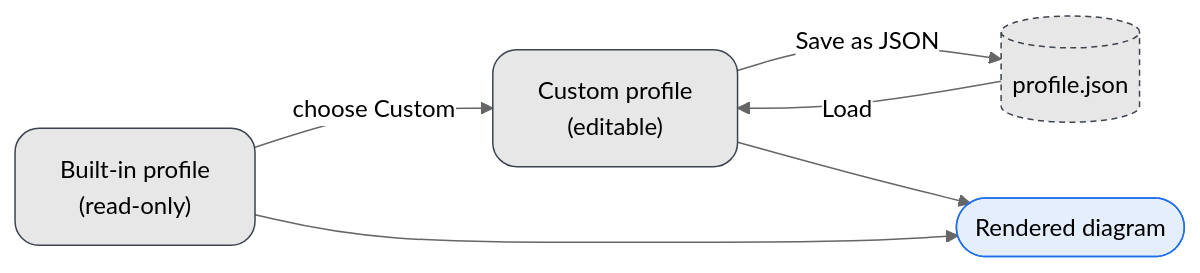
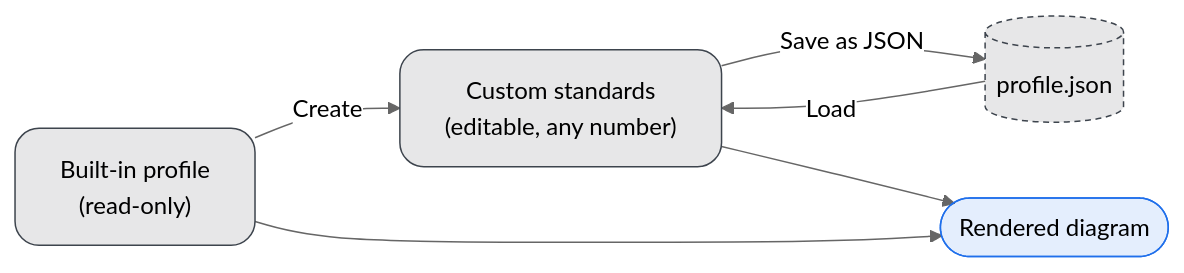
The third of 6 diagrams in README.md (nykonhrytsyshyn/rhumb), drawn with Mermaid (neutral theme) before and after one commit. The commit also changed other lines of this file and 47 other files, not shown here.

````diff
--- a/README.md
+++ b/README.md
@@ -418,16 +420,16 @@
 ```mermaid
 flowchart LR
-  B["Built-in profile<br/>(read-only)"] -->|"choose Custom"| C["Custom profile<br/>(editable)"]
+  B["Built-in profile<br/>(read-only)"] -->|"Create"| C["Custom standards<br/>(editable, any number)"]
   C -->|"Save as JSON"| F[("profile.json")]
   F -->|"Load"| C
   C --> R(["Rendered diagram"])
   B --> R
 
   classDef stage  filter:none, fill:#39363f1e, stroke:#3d444d, rx:16, ry:16
   classDef data   filter:none, fill:#39363f1e, stroke:#3d444d, stroke-dasharray:4 3
   classDef result filter:none, fill:#1f6feb1e, stroke:#1f6feb
 
   class B,C stage
   class F data
   class R result
 ```
````
